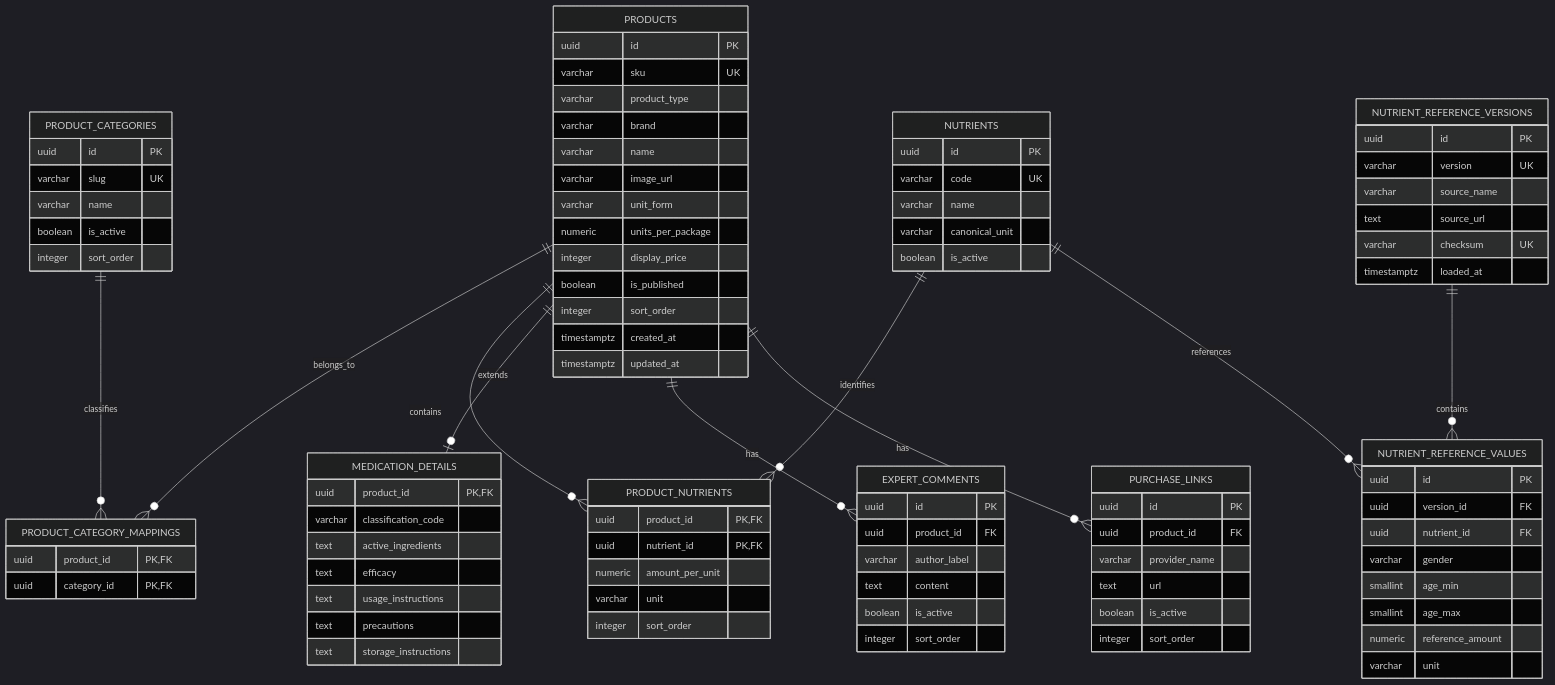
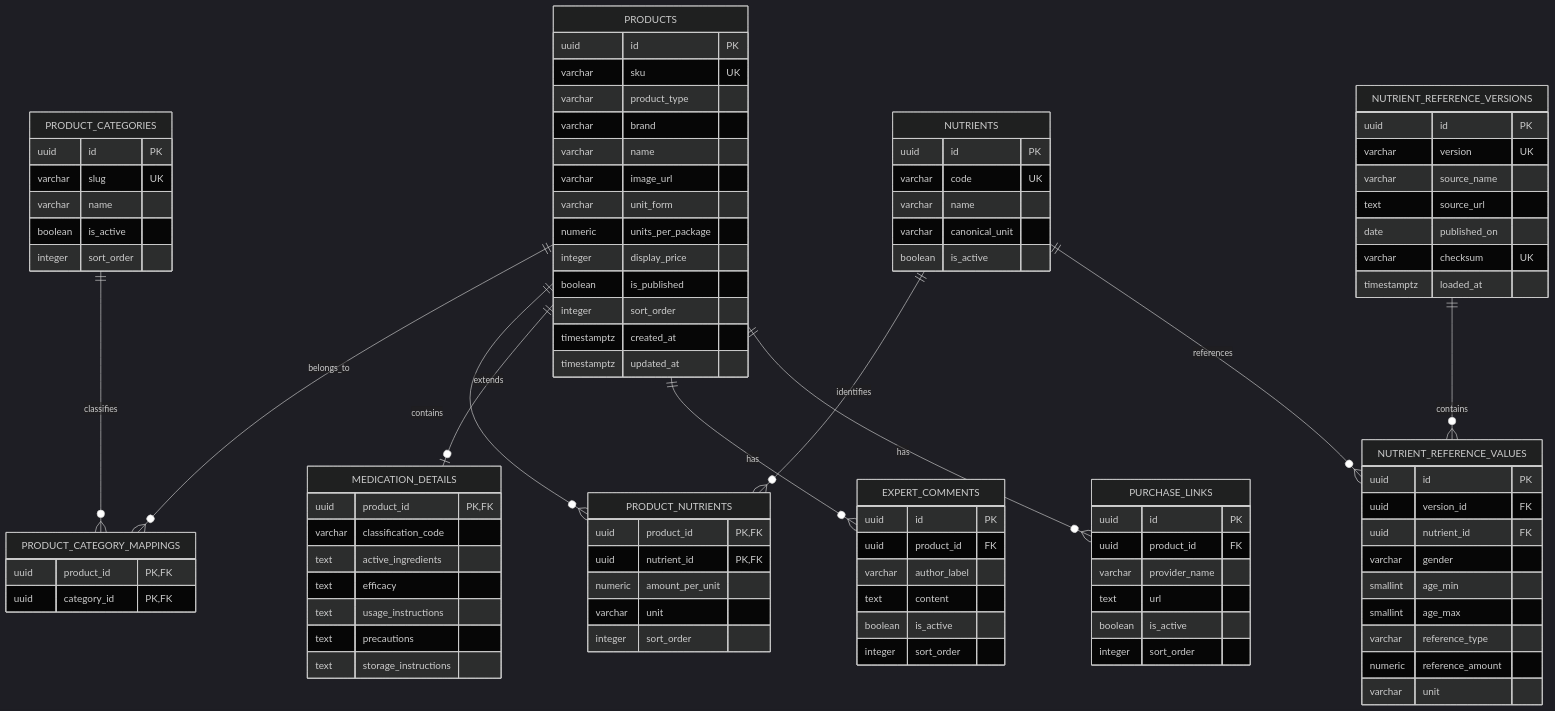
The second of 4 diagrams in docs/architecture/erd.md (Pilot-project-python5/backend), drawn with Mermaid (dark theme) before and after one commit. The commit also changed other lines of this file and 35 other files, not shown here.

```diff
--- a/docs/architecture/erd.md
+++ b/docs/architecture/erd.md
@@ -192,6 +192,7 @@
         varchar version UK
         varchar source_name
         text source_url
+        date published_on
         varchar checksum UK
         timestamptz loaded_at
     }
@@ -203,6 +204,7 @@
         varchar gender
         smallint age_min
         smallint age_max
+        varchar reference_type
         numeric reference_amount
         varchar unit
     }
```
